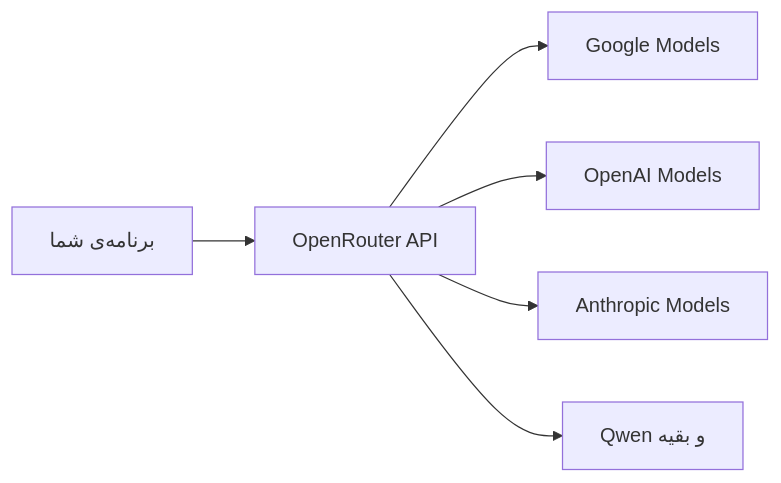
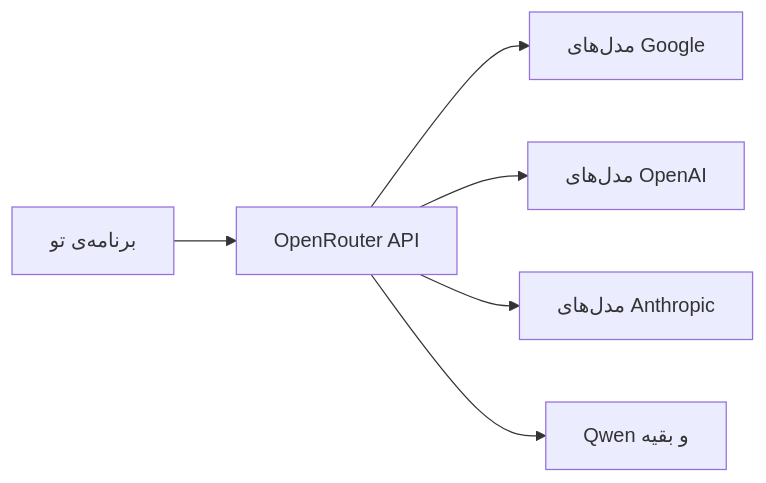
The second of 3 diagrams in mini-courses/1_fundamentals/llms_fa.md (lokumai/ai-engineering-bazaar), drawn with Mermaid before and after one commit. The commit also changed other lines of this file and 63 other files, not shown here.

````diff
--- a/mini-courses/1_fundamentals/llms_fa.md
+++ b/mini-courses/1_fundamentals/llms_fa.md
@@ -172,8 +168,8 @@
 ```mermaid
 graph LR
-    A[برنامه‌ی شما] --> B[OpenRouter API]
-    B --> C[Google Models]
-    B --> D[OpenAI Models]
-    B --> E[Anthropic Models]
+    A[برنامه‌ی تو] --> B[OpenRouter API]
+    B --> C[مدل‌های Google]
+    B --> D[مدل‌های OpenAI]
+    B --> E[مدل‌های Anthropic]
     B --> F[Qwen و بقیه]
 ```
````
